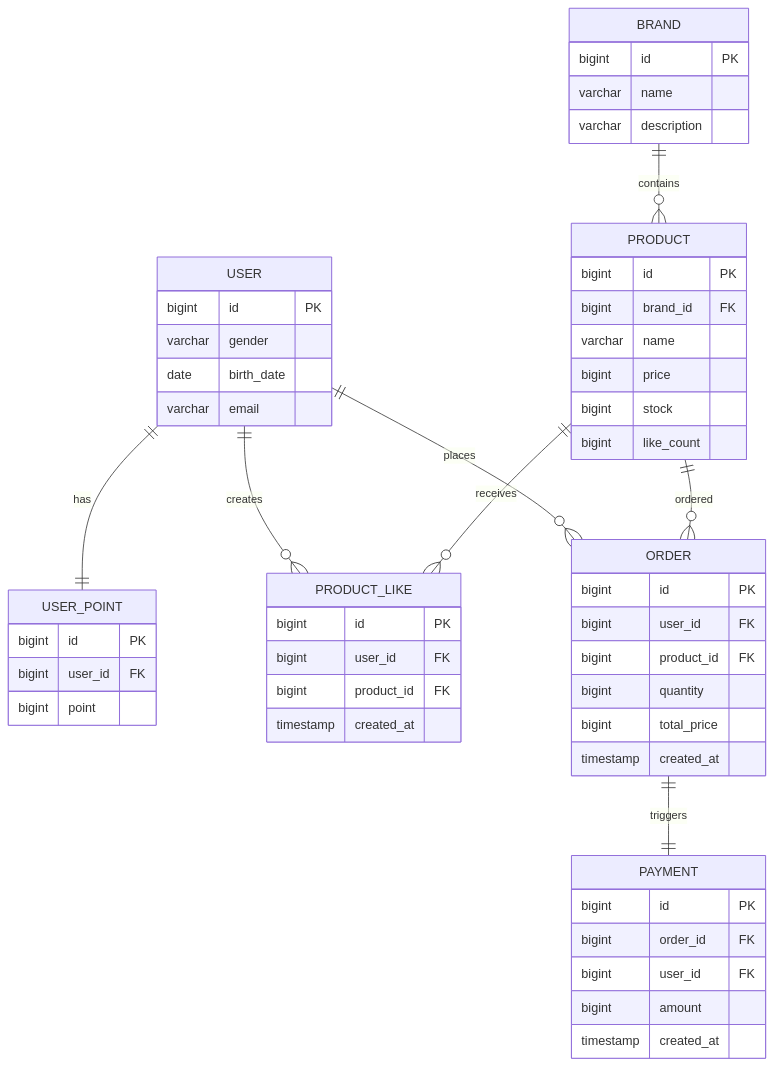
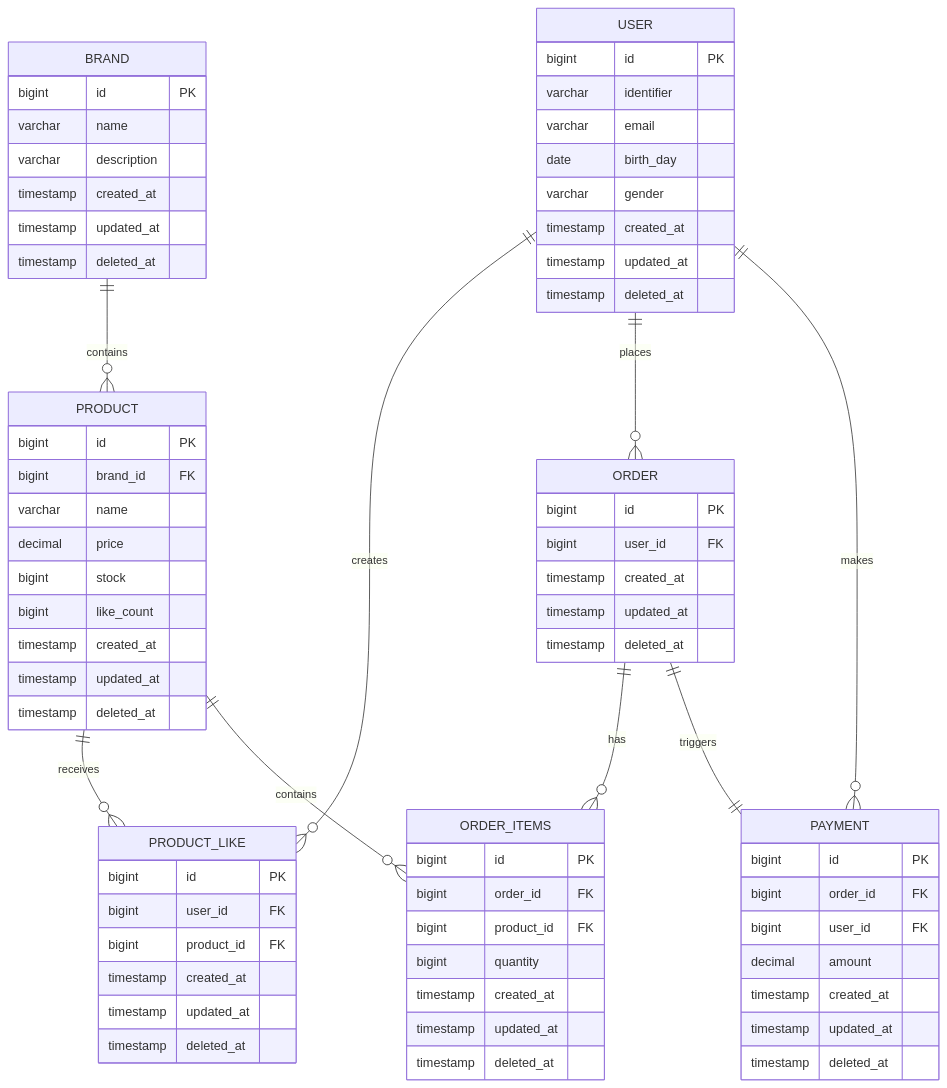
The diagram in .docs/04-erd.md (Loopers-dev-lab/loopers-spring-java-template), drawn with Mermaid before and after one commit. The commit also changed other lines of this file and 3 other files, not shown here.

Commit message:
doc : 클래스 다이어그램, ERD 수정

````diff
--- a/.docs/04-erd.md
+++ b/.docs/04-erd.md
@@ -7,62 +7,80 @@
 ```mermaid
 erDiagram
     BRAND ||--o{ PRODUCT : contains
-    USER ||--|| USER_POINT : has
     USER ||--o{ PRODUCT_LIKE : creates
     USER ||--o{ "ORDER" : places
+    USER ||--o{ PAYMENT : makes
     PRODUCT ||--o{ PRODUCT_LIKE : receives
-    PRODUCT ||--o{ "ORDER" : ordered
+    PRODUCT ||--o{ ORDER_ITEMS : contains
+    "ORDER" ||--o{ ORDER_ITEMS : has
     "ORDER" ||--|| PAYMENT : triggers
 
     BRAND {
         bigint id PK
         varchar name
         varchar description
+        timestamp created_at
+        timestamp updated_at
+        timestamp deleted_at
     }
 
     PRODUCT {
         bigint id PK
         bigint brand_id FK
         varchar name
-        bigint price
+        decimal price
         bigint stock
         bigint like_count
+        timestamp created_at
+        timestamp updated_at
+        timestamp deleted_at
     }
 
     USER {
         bigint id PK
+        varchar identifier
+        varchar email
+        date birth_day
         varchar gender
-        date birth_date
-        varchar email
-    }
-
-    USER_POINT {
-        bigint id PK
-        bigint user_id FK
-        bigint point
+        timestamp created_at
+        timestamp updated_at
+        timestamp deleted_at
     }
 
     PRODUCT_LIKE {
         bigint id PK
         bigint user_id FK
         bigint product_id FK
         timestamp created_at
+        timestamp updated_at
+        timestamp deleted_at
     }
 
     "ORDER" {
         bigint id PK
         bigint user_id FK
+        timestamp created_at
+        timestamp updated_at
+        timestamp deleted_at
+    }
+
+    ORDER_ITEMS {
+        bigint id PK
+        bigint order_id FK
         bigint product_id FK
         bigint quantity
-        bigint total_price
         timestamp created_at
+        timestamp updated_at
+        timestamp deleted_at
     }
 
     PAYMENT {
         bigint id PK
         bigint order_id FK
         bigint user_id FK
-        bigint amount
+        decimal amount
         timestamp created_at
+        timestamp updated_at
+        timestamp deleted_at
     }
 ```
````
